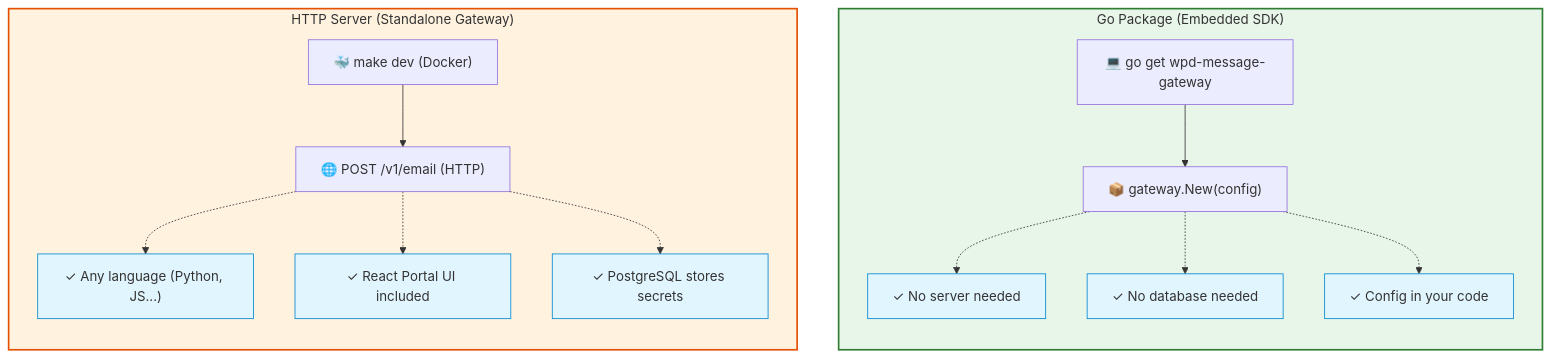
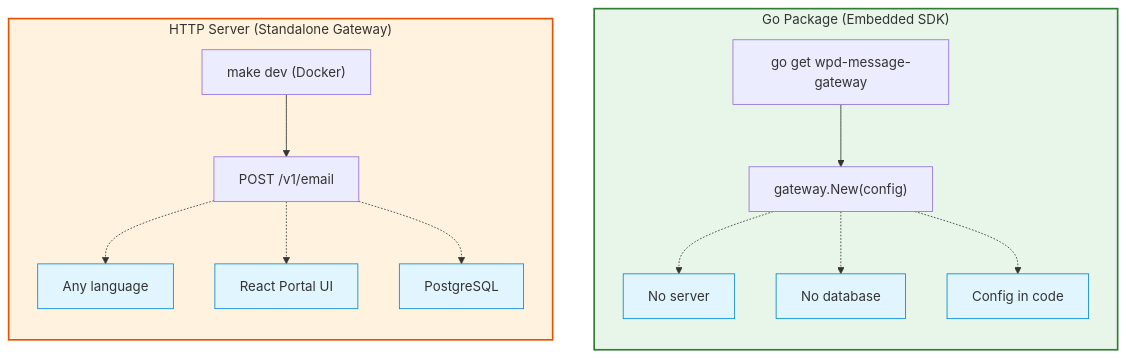
Before and after one commit to weprodev/wpd-message-gateway: the first of 2 diagrams in Readme.md, drawn with Mermaid. The commit also changed other lines of this file and 44 other files, not shown here.

````diff
--- a/Readme.md
+++ b/Readme.md
@@ -42,27 +20,25 @@
 ```mermaid
 graph TD
     classDef main fill:#f9f9f9,stroke:#333,stroke-width:2px;
     classDef feature fill:#e1f5fe,stroke:#0288d1,stroke-width:1px;
     classDef embedded fill:#e8f5e9,stroke:#2e7d32,stroke-width:2px;
     classDef standalone fill:#fff3e0,stroke:#e65100,stroke-width:2px;
 
-    %% SDK Usage Path
     subgraph SDK ["Go Package (Embedded SDK)"]
         direction TB
-        A["💻 go get wpd-message-gateway"] --> B["📦 gateway.New(config)"]
-        B -.-> C["✓ No server needed"]:::feature
-        B -.-> D["✓ No database needed"]:::feature
-        B -.-> E["✓ Config in your code"]:::feature
+        A["go get wpd-message-gateway"] --> B["gateway.New(config)"]
+        B -.-> C["No server"]:::feature
+        B -.-> D["No database"]:::feature
+        B -.-> E["Config in code"]:::feature
     end
     class SDK embedded;
 
-    %% Server Usage Path
     subgraph Server ["HTTP Server (Standalone Gateway)"]
         direction TB
-        F["🐳 make dev (Docker)"] --> G["🌐 POST /v1/email (HTTP)"]
-        G -.-> H["✓ Any language (Python, JS...)"]:::feature
-        G -.-> I["✓ React Portal UI included"]:::feature
-        G -.-> J["✓ PostgreSQL stores secrets"]:::feature
+        F["make dev (Docker)"] --> G["POST /v1/email"]
+        G -.-> H["Any language"]:::feature
+        G -.-> I["React Portal UI"]:::feature
+        G -.-> J["PostgreSQL"]:::feature
     end
     class Server standalone;
 ```
````
